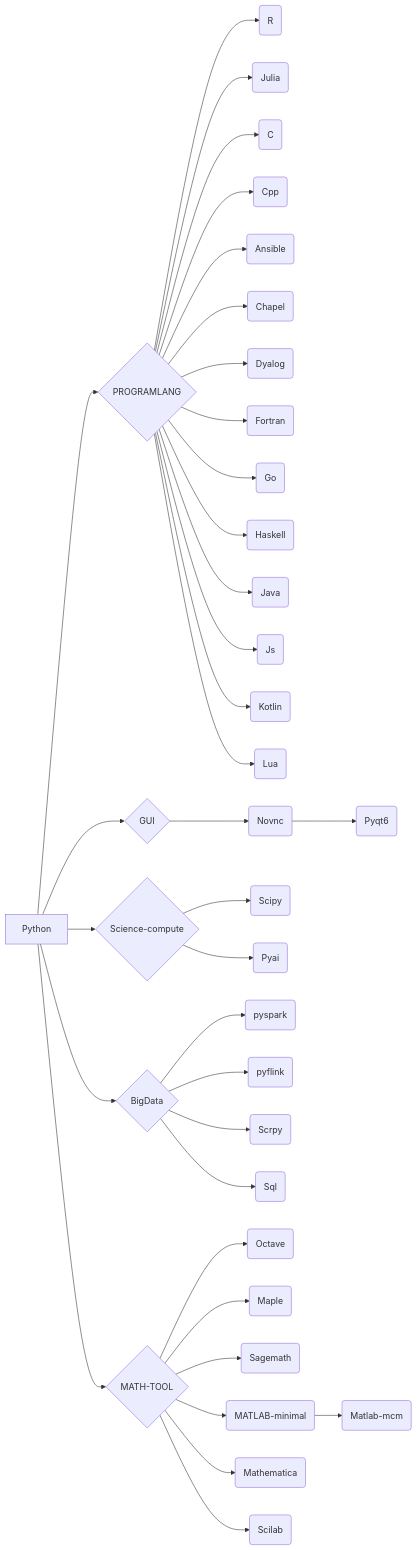
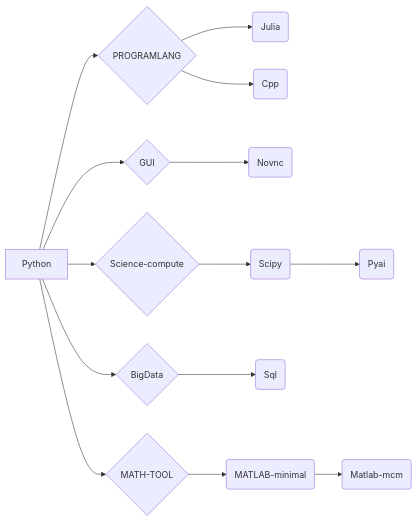
One commit to eoeair/jupyter changed the diagram in README.md. Above: the diagram before and after it, drawn with Mermaid. The commit also changed other lines of this file and 50 other files, not shown here.

Commit message:
Jupyter to Be Streamlined for Data Science Workloads

````diff
--- a/README.md
+++ b/README.md
@@ -82,36 +75,14 @@
 ```mermaid
 graph LR
 Python-->P{PROGRAMLANG}
-P-->PA(R)
-P-->PB(Julia)
-P-->PC(C)
-P-->PD(Cpp)
-P-->PE(Ansible)
-P-->PF(Chapel)
-P-->PG(Dyalog)
-P-->PH(Fortran)
-P-->PI(Go)
-P-->PJ(Haskell)
-P-->PK(Java)
-P-->PL(Js)
-P-->PM(Kotlin)
-P-->PN(Lua)
+P-->PA(Julia)
+P-->PB(Cpp)
 
+Python-->G{GUI}-->GA(Novnc)
 
-Python-->G{GUI}-->GA(Novnc)-->GAA(Pyqt6)
+Python-->S{Science-compute}-->SA(Scipy)-->SAA(Pyai)
 
-Python-->S{Science-compute}-->SA(Scipy)
-S-->SB(Pyai)
+Python-->B{BigData}-->BA(Sql)
 
-Python-->B{BigData}-->BA(pyspark)
-B-->BB(pyflink)
-B-->BC(Scrpy)
-B-->BD(Sql)
-
-Python-->M{MATH-TOOL}-->MA(Octave)
-M-->MB(Maple)
-M-->MC(Sagemath)
-M-->MD(MATLAB-minimal)-->MDA(Matlab-mcm)
-M-->ME(Mathematica)
-M-->MF(Scilab)
+Python-->M{MATH-TOOL}-->MA(MATLAB-minimal)-->MAA(Matlab-mcm)
 ```
````
